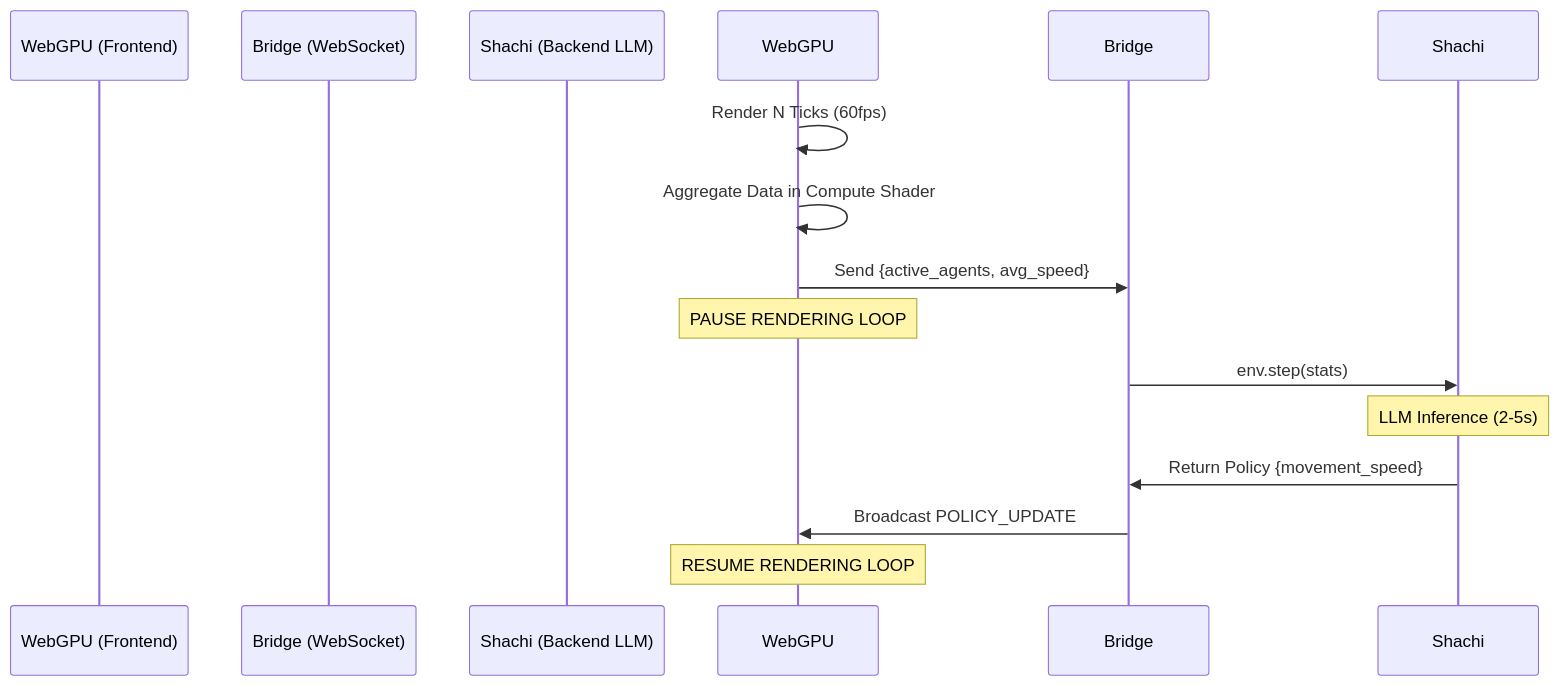
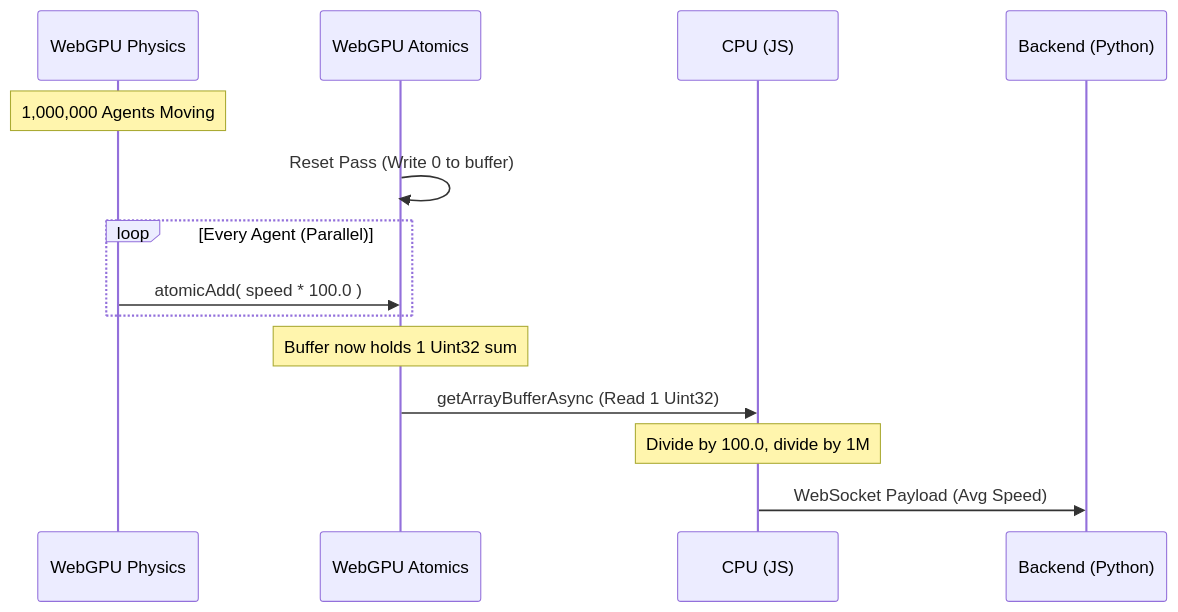
The diagram in README.md (kai-erlenbusch/abm.gl), drawn with Mermaid before and after one commit. The commit also changed other lines of this file, not shown here.

Commit message:
Docs: Phase 3 Planning and Architectural Explanation

````diff
--- a/README.md
+++ b/README.md
@@ -61,16 +71,17 @@
 ```mermaid
 sequenceDiagram
-    participant WebGPU (Frontend)
-    participant Bridge (WebSocket)
-    participant Shachi (Backend LLM)
+    participant WebGPU Physics
+    participant WebGPU Atomics
+    participant CPU (JS)
+    participant Backend (Python)
     
-    WebGPU->>WebGPU: Render N Ticks (60fps)
-    WebGPU->>WebGPU: Aggregate Data in Compute Shader
-    WebGPU->>Bridge: Send {active_agents, avg_speed}
-    Note over WebGPU: PAUSE RENDERING LOOP
-    Bridge->>Shachi: env.step(stats)
-    Note over Shachi: LLM Inference (2-5s)
-    Shachi->>Bridge: Return Policy {movement_speed}
-    Bridge->>WebGPU: Broadcast POLICY_UPDATE
-    Note over WebGPU: RESUME RENDERING LOOP
+    Note over WebGPU Physics: 1,000,000 Agents Moving
+    WebGPU Atomics->>WebGPU Atomics: Reset Pass (Write 0 to buffer)
+    loop Every Agent (Parallel)
+        WebGPU Physics->>WebGPU Atomics: atomicAdd( speed * 100.0 )
+    end
+    Note over WebGPU Atomics: Buffer now holds 1 Uint32 sum
+    WebGPU Atomics->>CPU (JS): getArrayBufferAsync (Read 1 Uint32)
+    Note over CPU (JS): Divide by 100.0, divide by 1M
+    CPU (JS)->>Backend (Python): WebSocket Payload (Avg Speed)
 ```
````
